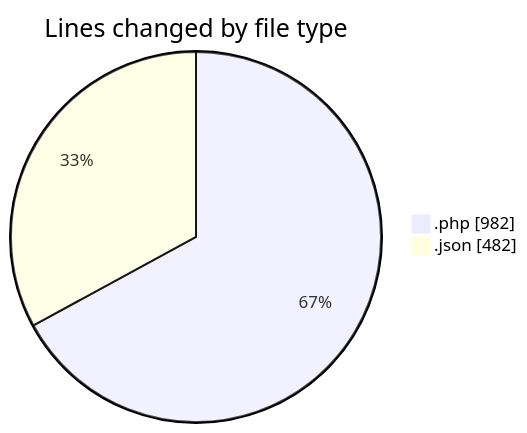
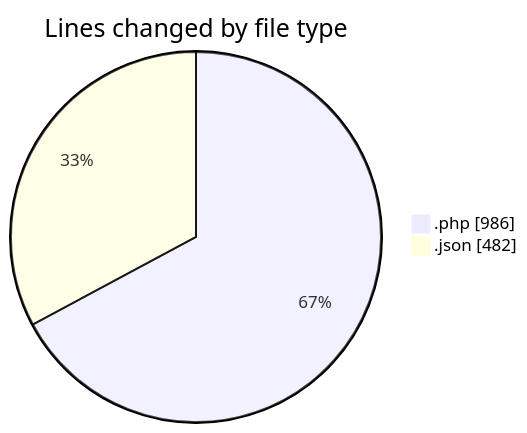
One commit to idhammustaqopulfikri/code-tracking changed the first of 2 diagrams in 2025-03-28/autodidak/README.md. Above: the diagram before and after it, drawn with Mermaid. The commit also changed other lines of this file and 1 other file, not shown here.

````diff
--- a/2025-03-28/autodidak/README.md
+++ b/2025-03-28/autodidak/README.md
@@ -28,6 +28,6 @@
 ```mermaid
 pie showData
 title Lines changed by file type
-".php" : 982
+".php" : 986
 ".json" : 482
 ```
````
